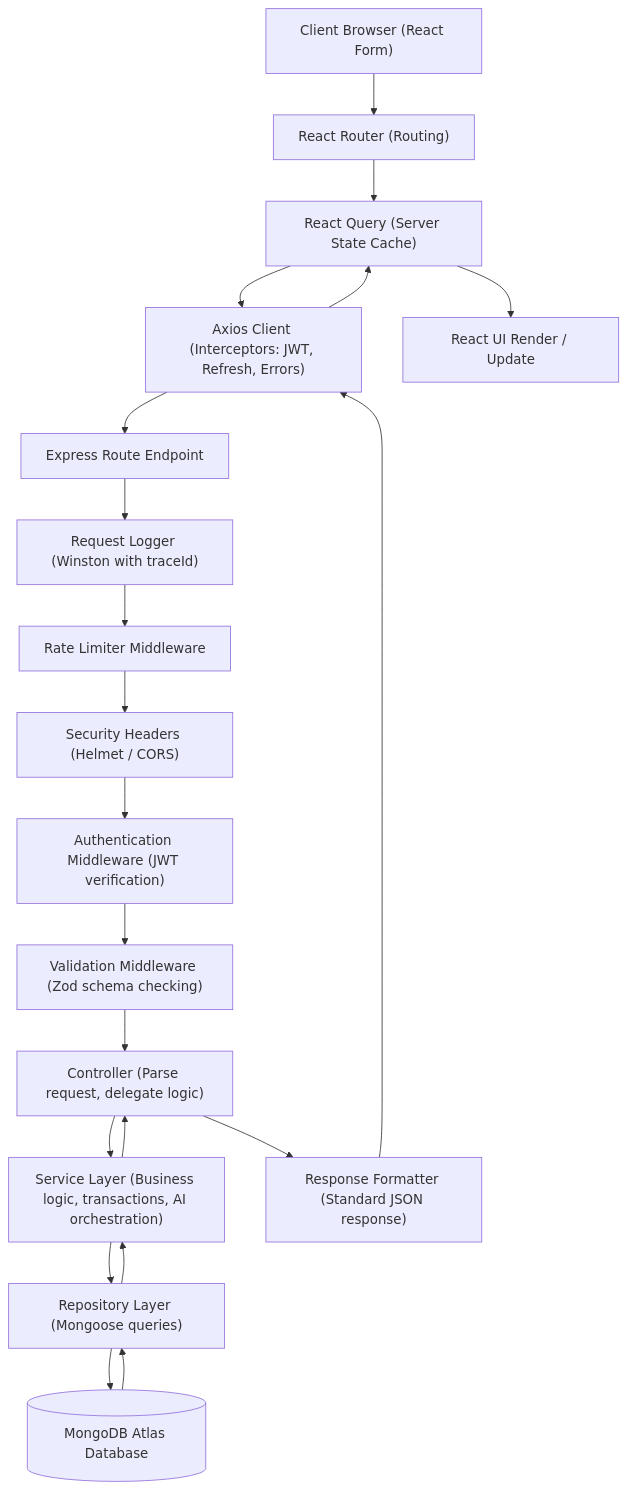
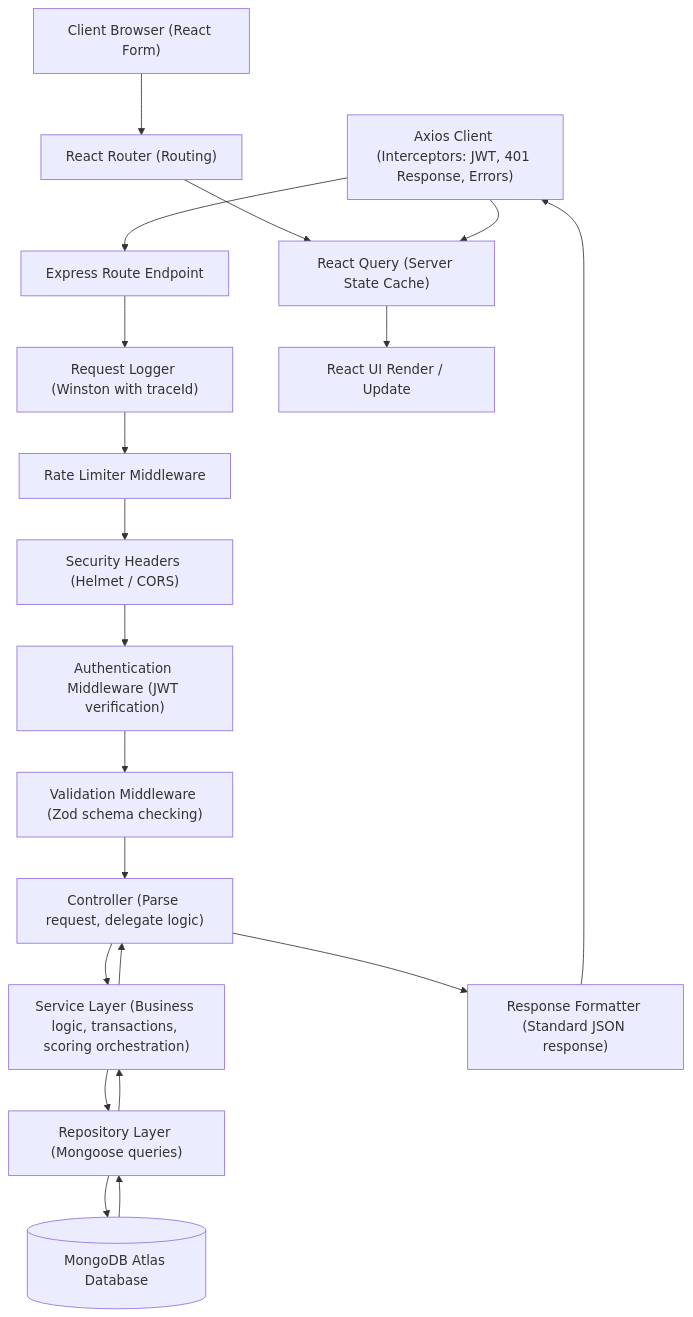
The second of 10 diagrams in README.md (ShankarSwarup/cardekho_assignment), drawn with Mermaid before and after one commit. The commit also changed other lines of this file and 63 other files, not shown here.

````diff
--- a/README.md
+++ b/README.md
@@ -50,25 +50,24 @@
 ```mermaid
 graph TD
     Browser["Client Browser (React Form)"] --> Router["React Router (Routing)"]
     Router --> RQ["React Query (Server State Cache)"]
-    RQ --> Axios["Axios Client (Interceptors: JWT, Refresh, Errors)"]
-    Axios --> Route["Express Route Endpoint"]
+    Axios["Axios Client (Interceptors: JWT, 401 Response, Errors)"] --> Route["Express Route Endpoint"]
     Route --> Logger["Request Logger (Winston with traceId)"]
     Logger --> Limiter["Rate Limiter Middleware"]
     Limiter --> Security["Security Headers (Helmet / CORS)"]
     Security --> Auth["Authentication Middleware (JWT verification)"]
     Auth --> Validation["Validation Middleware (Zod schema checking)"]
     Validation --> Controller["Controller (Parse request, delegate logic)"]
-    Controller --> Service["Service Layer (Business logic, transactions, AI orchestration)"]
+    Controller --> Service["Service Layer (Business logic, transactions, scoring orchestration)"]
     Service --> Repo["Repository Layer (Mongoose queries)"]
     Repo --> DB[(MongoDB Atlas Database)]
     
     %% Response path
     DB --> Repo
     Repo --> Service
     Service --> Controller
     Controller --> Format["Response Formatter (Standard JSON response)"]
     Format --> Axios
     Axios --> RQ
     RQ --> UI["React UI Render / Update"]
 ```
````
